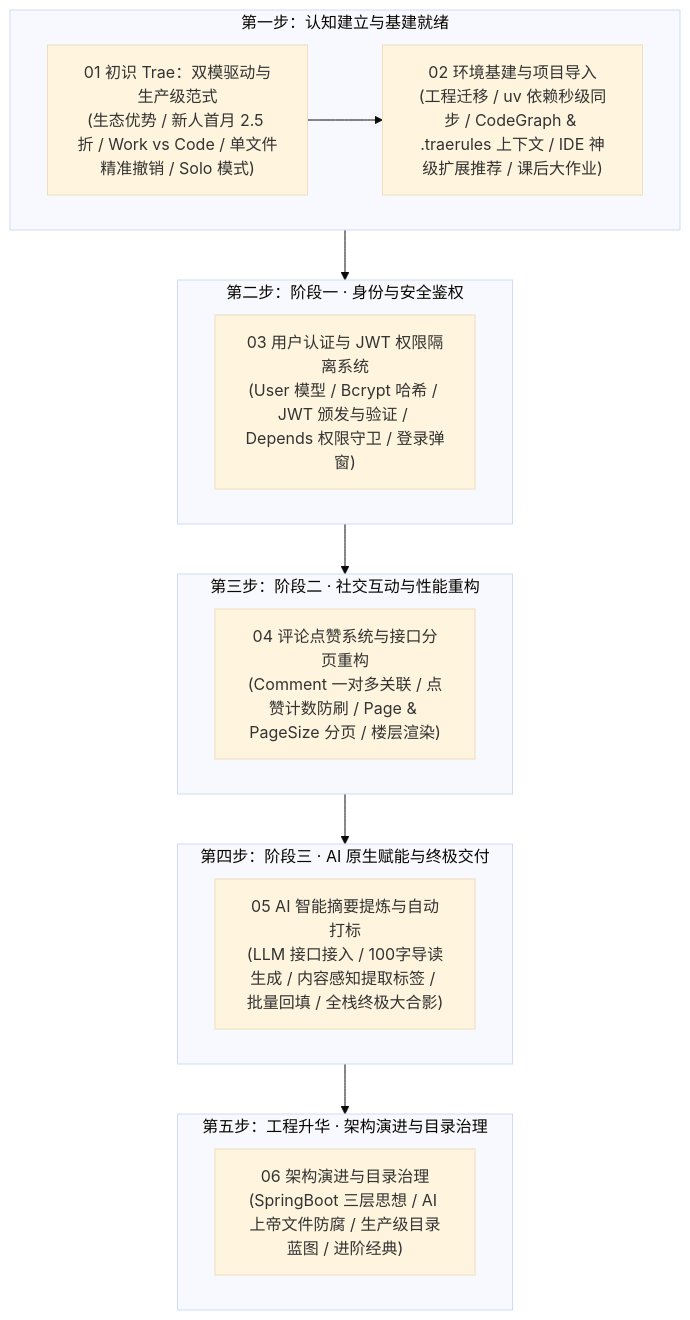
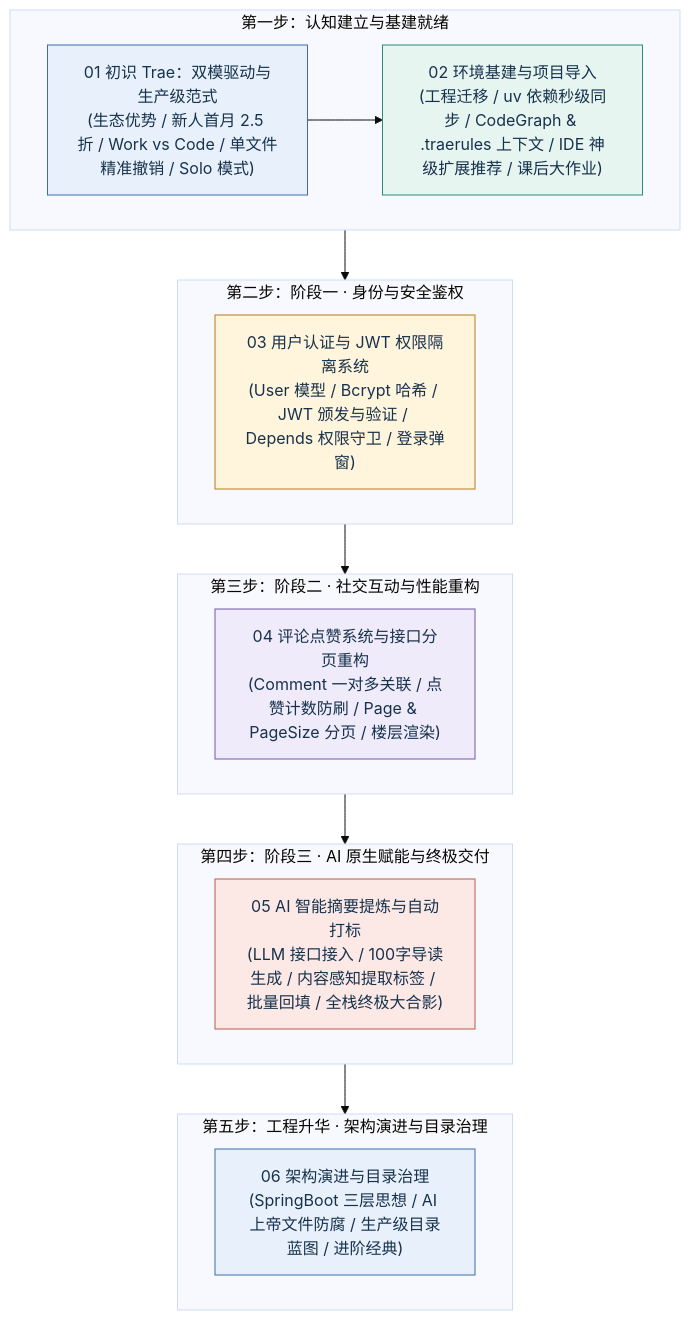
One commit to buffer121328/vibe-coding-and-agents changed the diagram in 06_Trae实战/img/diagrams/overview-diagram-01.mmd. Above: the diagram before and after it, drawn with Mermaid (base theme). The commit also changed 131 other files, not shown here.

Commit message:
docs: 润色第四至第六章正文与图表

```diff
--- a/06_Trae实战/img/diagrams/overview-diagram-01.mmd
+++ b/06_Trae实战/img/diagrams/overview-diagram-01.mmd
@@ -1,27 +1,35 @@
 graph TD
     subgraph Step1 ["第一步：认知建立与基建就绪"]
         A1["01 初识 Trae：双模驱动与生产级范式\n(生态优势 / 新人首月 2.5 折 / Work vs Code / 单文件精准撤销 / Solo 模式)"]
         A2["02 环境基建与项目导入\n(工程迁移 / uv 依赖秒级同步 / CodeGraph & .traerules 上下文 / IDE 神级扩展推荐 / 课后大作业)"]
         A1 --> A2
     end
 
     subgraph Step2 ["第二步：阶段一 · 身份与安全鉴权"]
         B1["03 用户认证与 JWT 权限隔离系统\n(User 模型 / Bcrypt 哈希 / JWT 颁发与验证 / Depends 权限守卫 / 登录弹窗)"]
     end
 
     subgraph Step3 ["第三步：阶段二 · 社交互动与性能重构"]
         C1["04 评论点赞系统与接口分页重构\n(Comment 一对多关联 / 点赞计数防刷 / Page & PageSize 分页 / 楼层渲染)"]
     end
 
     subgraph Step4 ["第四步：阶段三 · AI 原生赋能与终极交付"]
         D1["05 AI 智能摘要提炼与自动打标\n(LLM 接口接入 / 100字导读生成 / 内容感知提取标签 / 批量回填 / 全栈终极大合影)"]
     end
 
     subgraph Step5 ["第五步：工程升华 · 架构演进与目录治理"]
         E1["06 架构演进与目录治理\n(SpringBoot 三层思想 / AI 上帝文件防腐 / 生产级目录蓝图 / 进阶经典)"]
     end
 
     Step1 --> Step2
     Step2 --> Step3
     Step3 --> Step4
     Step4 --> Step5
+
+%% Academic palette: restrained blue, teal, gold, violet, and coral accents.
+style A1 fill:#E8F1FB,stroke:#3A6EA5,color:#17324D
+style A2 fill:#E7F5F1,stroke:#2B8A78,color:#17324D
+style B1 fill:#FFF4DC,stroke:#B47A1F,color:#17324D
+style C1 fill:#F0EBFA,stroke:#7357A6,color:#17324D
+style D1 fill:#FCE9E6,stroke:#B65C4A,color:#17324D
+style E1 fill:#E8F1FB,stroke:#3A6EA5,color:#17324D
```
